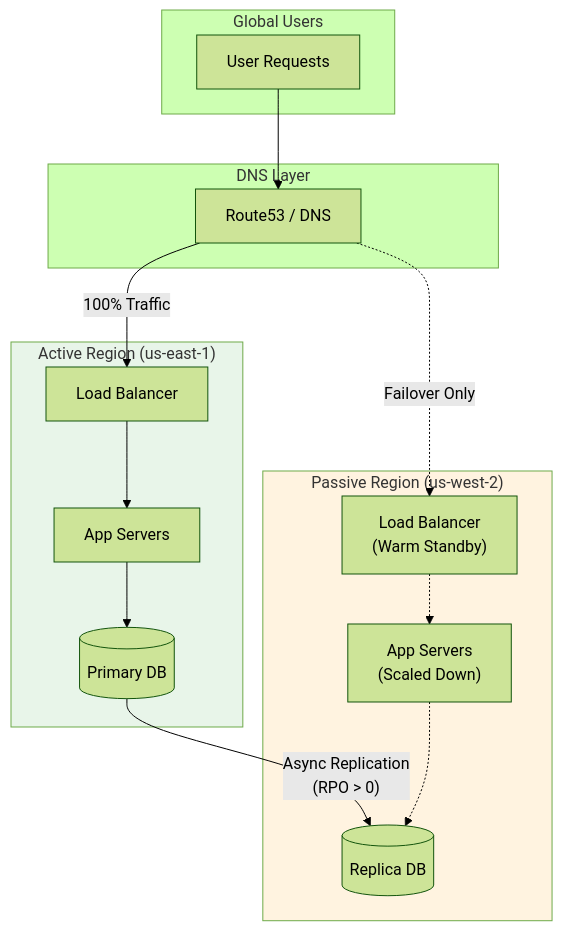
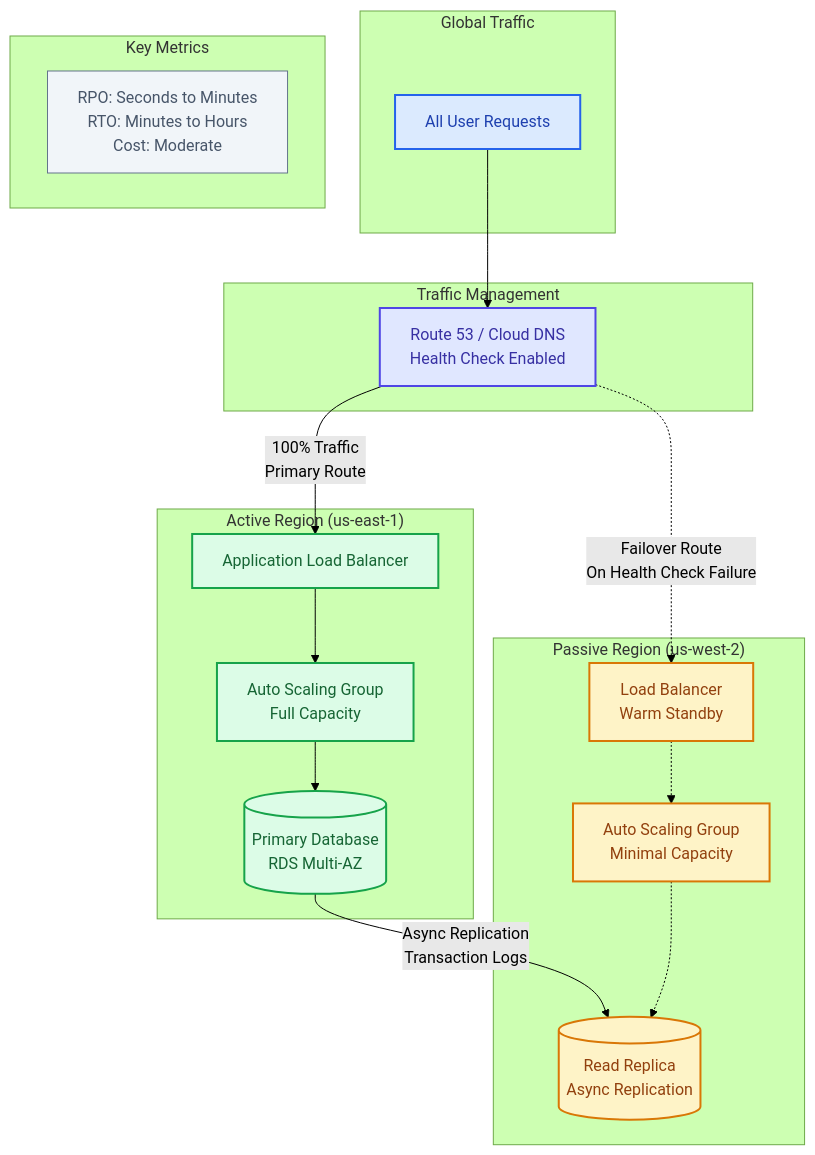
Before and after one commit to udaytamma/Cyrus: the first of 4 diagrams in gemini-responses/multi-region-patterns-20260120-1302.md, drawn with Mermaid (forest theme). The commit also changed other lines of this file and 28 other files, not shown here.

First line of the commit message:
Upgrade Knowledge Base Mermaid diagrams to professional styling

````diff
--- a/gemini-responses/multi-region-patterns-20260120-1302.md
+++ b/gemini-responses/multi-region-patterns-20260120-1302.md
@@ -53,35 +53,48 @@
 ```mermaid
 flowchart TB
-    subgraph Users["Global Users"]
-        U1["User Requests"]
+    subgraph Users["Global Traffic"]
+        U1["All User Requests"]
     end
 
-    subgraph DNS["DNS Layer"]
-        R53["Route53 / DNS"]
+    subgraph DNS["Traffic Management"]
+        R53["Route 53 / Cloud DNS<br/>Health Check Enabled"]
     end
 
     subgraph ActiveRegion["Active Region (us-east-1)"]
-        ALB1["Load Balancer"]
-        APP1["App Servers"]
-        DB1[("Primary DB")]
+        ALB1["Application Load Balancer"]
+        APP1["Auto Scaling Group<br/>Full Capacity"]
+        DB1[("Primary Database<br/>RDS Multi-AZ")]
     end
 
     subgraph PassiveRegion["Passive Region (us-west-2)"]
-        ALB2["Load Balancer<br/>(Warm Standby)"]
-        APP2["App Servers<br/>(Scaled Down)"]
-        DB2[("Replica DB")]
+        ALB2["Load Balancer<br/>Warm Standby"]
+        APP2["Auto Scaling Group<br/>Minimal Capacity"]
+        DB2[("Read Replica<br/>Async Replication")]
+    end
+
+    subgraph Metrics["Key Metrics"]
+        M1["RPO: Seconds to Minutes<br/>RTO: Minutes to Hours<br/>Cost: Moderate"]
     end
 
     U1 --> R53
-    R53 -->|"100% Traffic"| ALB1
+    R53 -->|"100% Traffic<br/>Primary Route"| ALB1
     ALB1 --> APP1
     APP1 --> DB1
-    DB1 -->|"Async Replication<br/>(RPO > 0)"| DB2
+    DB1 -->|"Async Replication<br/>Transaction Logs"| DB2
 
-    R53 -.->|"Failover Only"| ALB2
+    R53 -.->|"Failover Route<br/>On Health Check Failure"| ALB2
     ALB2 -.-> APP2
     APP2 -.-> DB2
 
-    style ActiveRegion fill:#e8f5e9
-    style PassiveRegion fill:#fff3e0
+    classDef user fill:#dbeafe,stroke:#2563eb,color:#1e40af,stroke-width:2px
+    classDef dns fill:#e0e7ff,stroke:#4f46e5,color:#3730a3,stroke-width:2px
+    classDef active fill:#dcfce7,stroke:#16a34a,color:#166534,stroke-width:2px
+    classDef passive fill:#fef3c7,stroke:#d97706,color:#92400e,stroke-width:2px
+    classDef metrics fill:#f1f5f9,stroke:#64748b,color:#475569,stroke-width:1px
+
+    class U1 user
+    class R53 dns
+    class ALB1,APP1,DB1 active
+    class ALB2,APP2,DB2 passive
+    class M1 metrics
 ```
````
